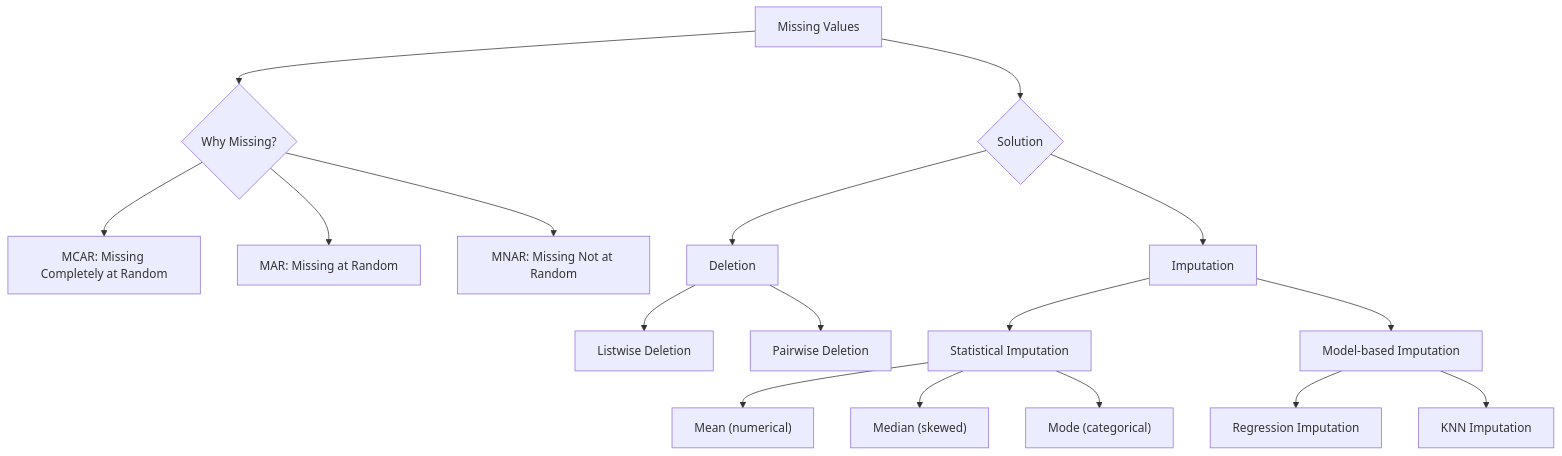
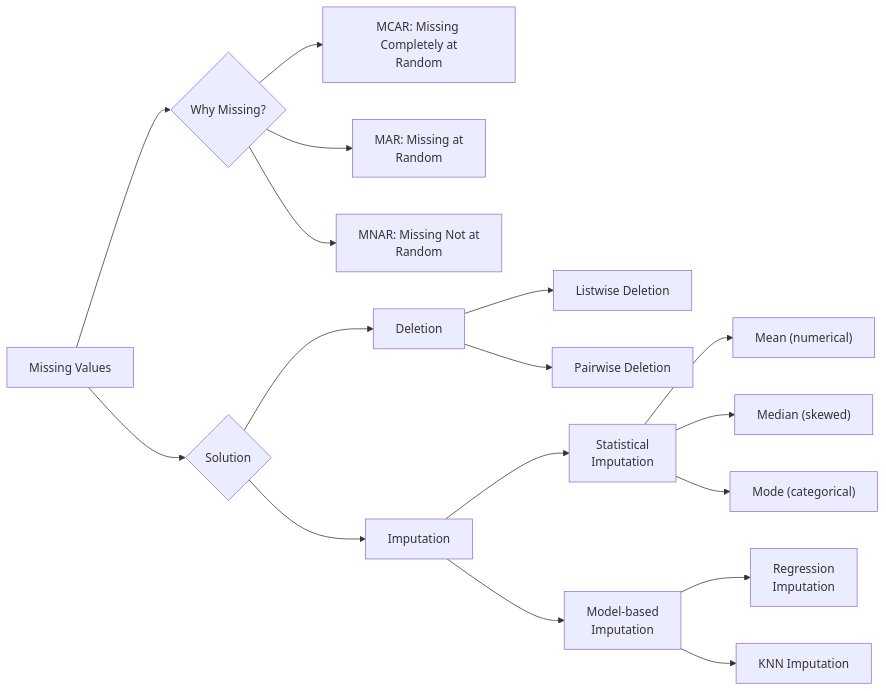
The diagram in 01-Semester-V/CS-307-MJ-T-Data-Science-Analytics/Unit-2.md (amitdevx/TY), drawn with Mermaid before and after one commit. The commit also changed 65 other files, not shown here.

Commit message:
fix:graph vertical

````diff
--- a/01-Semester-V/CS-307-MJ-T-Data-Science-Analytics/Unit-2.md
+++ b/01-Semester-V/CS-307-MJ-T-Data-Science-Analytics/Unit-2.md
@@ -67,23 +67,23 @@
 ```mermaid
-graph TD
+graph LR
     MV[Missing Values] --> Why{Why Missing?}
-    Why --> MCAR["MCAR: Missing Completely at Random"]
-    Why --> MAR["MAR: Missing at Random"]
-    Why --> MNAR["MNAR: Missing Not at Random"]
+    Why --> MCAR["MCAR: Missing Completely at<br/>Random"]
+    Why --> MAR["MAR: Missing at<br/>Random"]
+    Why --> MNAR["MNAR: Missing Not at<br/>Random"]
     
     MV --> How{Solution}
     How --> D[Deletion]
     How --> I[Imputation]
     
     D --> LD[Listwise Deletion]
     D --> PD[Pairwise Deletion]
     
-    I --> SI[Statistical Imputation]
-    I --> MI[Model-based Imputation]
+    I --> SI[Statistical<br/>Imputation]
+    I --> MI[Model-based<br/>Imputation]
     
     SI --> Mean["Mean (numerical)"]
     SI --> Median["Median (skewed)"]
     SI --> Mode["Mode (categorical)"]
-    MI --> Reg["Regression Imputation"]
+    MI --> Reg["Regression<br/>Imputation"]
     MI --> KNNi["KNN Imputation"]
 ```
````
